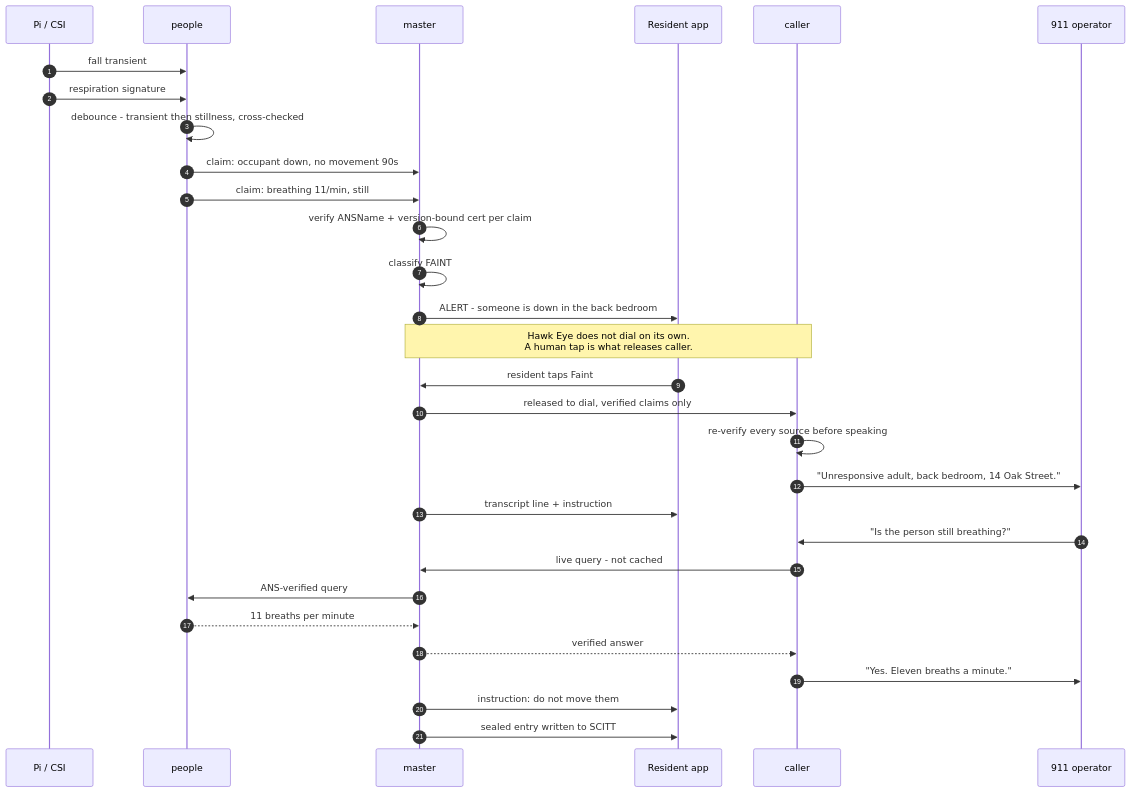
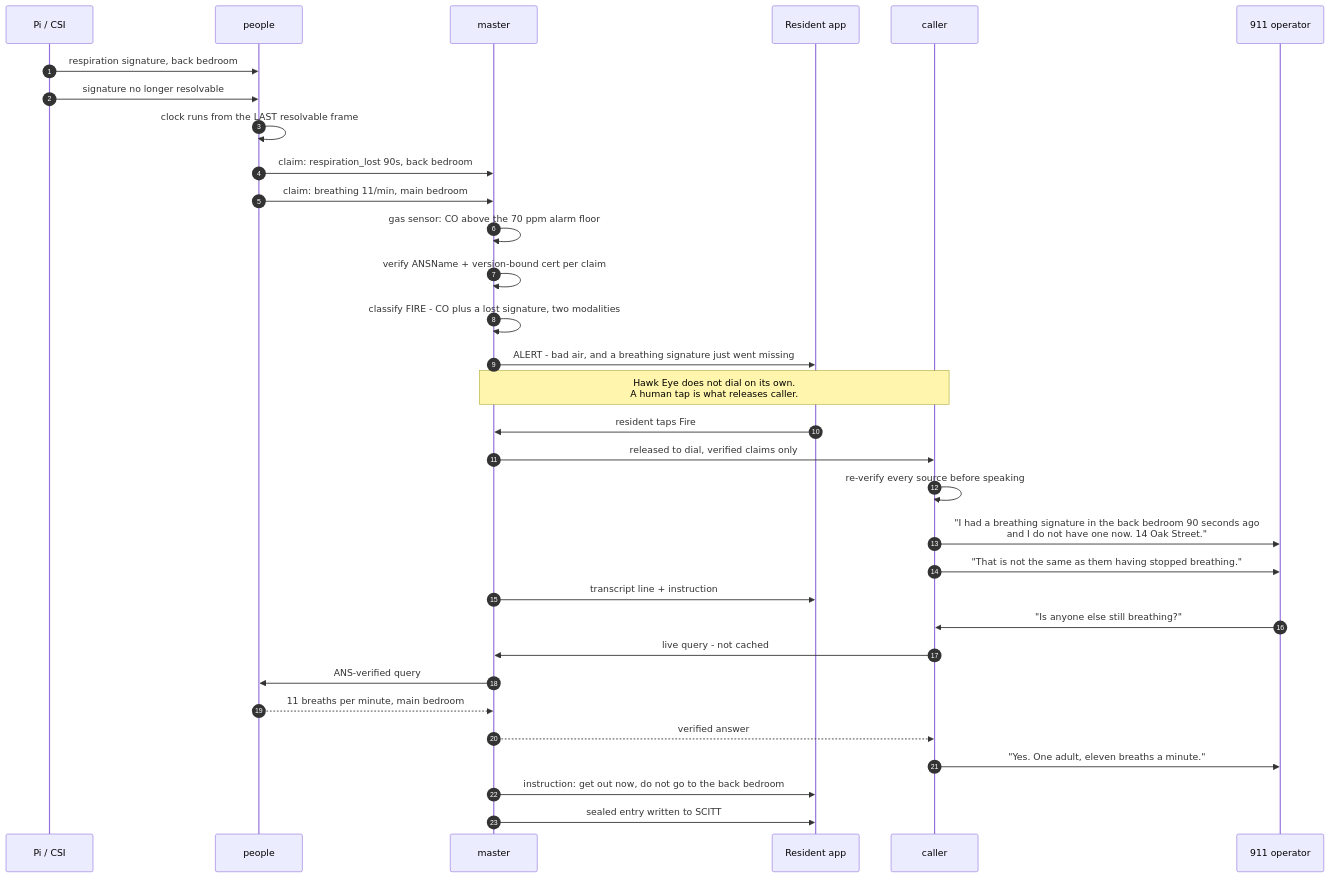
One commit to cayden-h/Radar changed the second of 5 diagrams in docs/architecture-diagrams.md. Above: the diagram before and after it, drawn with Mermaid. The commit also changed other lines of this file and 18 other files, not shown here.

````diff
--- a/docs/architecture-diagrams.md
+++ b/docs/architecture-diagrams.md
@@ -61,35 +65,37 @@
 ```mermaid
 sequenceDiagram
     autonumber
     participant P as Pi / CSI
     participant PE as people
     participant MA as master
     participant APP as Resident app
     participant CA as caller
     participant OP as 911 operator
 
-    P->>PE: fall transient
-    P->>PE: respiration signature
-    PE->>PE: debounce - transient then stillness, cross-checked
-    PE->>MA: claim: occupant down, no movement 90s
-    PE->>MA: claim: breathing 11/min, still
+    P->>PE: respiration signature, back bedroom
+    P->>PE: signature no longer resolvable
+    PE->>PE: clock runs from the LAST resolvable frame
+    PE->>MA: claim: respiration_lost 90s, back bedroom
+    PE->>MA: claim: breathing 11/min, main bedroom
+    MA->>MA: gas sensor: CO above the 70 ppm alarm floor
     MA->>MA: verify ANSName + version-bound cert per claim
-    MA->>MA: classify FAINT
-    MA->>APP: ALERT - someone is down in the back bedroom
+    MA->>MA: classify FIRE - CO plus a lost signature, two modalities
+    MA->>APP: ALERT - bad air, and a breathing signature just went missing
 
     Note over MA,CA: Hawk Eye does not dial on its own.<br/>A human tap is what releases caller.
 
-    APP->>MA: resident taps Faint
+    APP->>MA: resident taps Fire
     MA->>CA: released to dial, verified claims only
     CA->>CA: re-verify every source before speaking
-    CA->>OP: "Unresponsive adult, back bedroom, 14 Oak Street."
+    CA->>OP: "I had a breathing signature in the back bedroom 90 seconds ago<br/>and I do not have one now. 14 Oak Street."
+    CA->>OP: "That is not the same as them having stopped breathing."
     MA->>APP: transcript line + instruction
-    OP->>CA: "Is the person still breathing?"
+    OP->>CA: "Is anyone else still breathing?"
     CA->>MA: live query - not cached
     MA->>PE: ANS-verified query
-    PE-->>MA: 11 breaths per minute
+    PE-->>MA: 11 breaths per minute, main bedroom
     MA-->>CA: verified answer
-    CA->>OP: "Yes. Eleven breaths a minute."
-    MA->>APP: instruction: do not move them
+    CA->>OP: "Yes. One adult, eleven breaths a minute."
+    MA->>APP: instruction: get out now, do not go to the back bedroom
     MA->>APP: sealed entry written to SCITT
 ```
````
